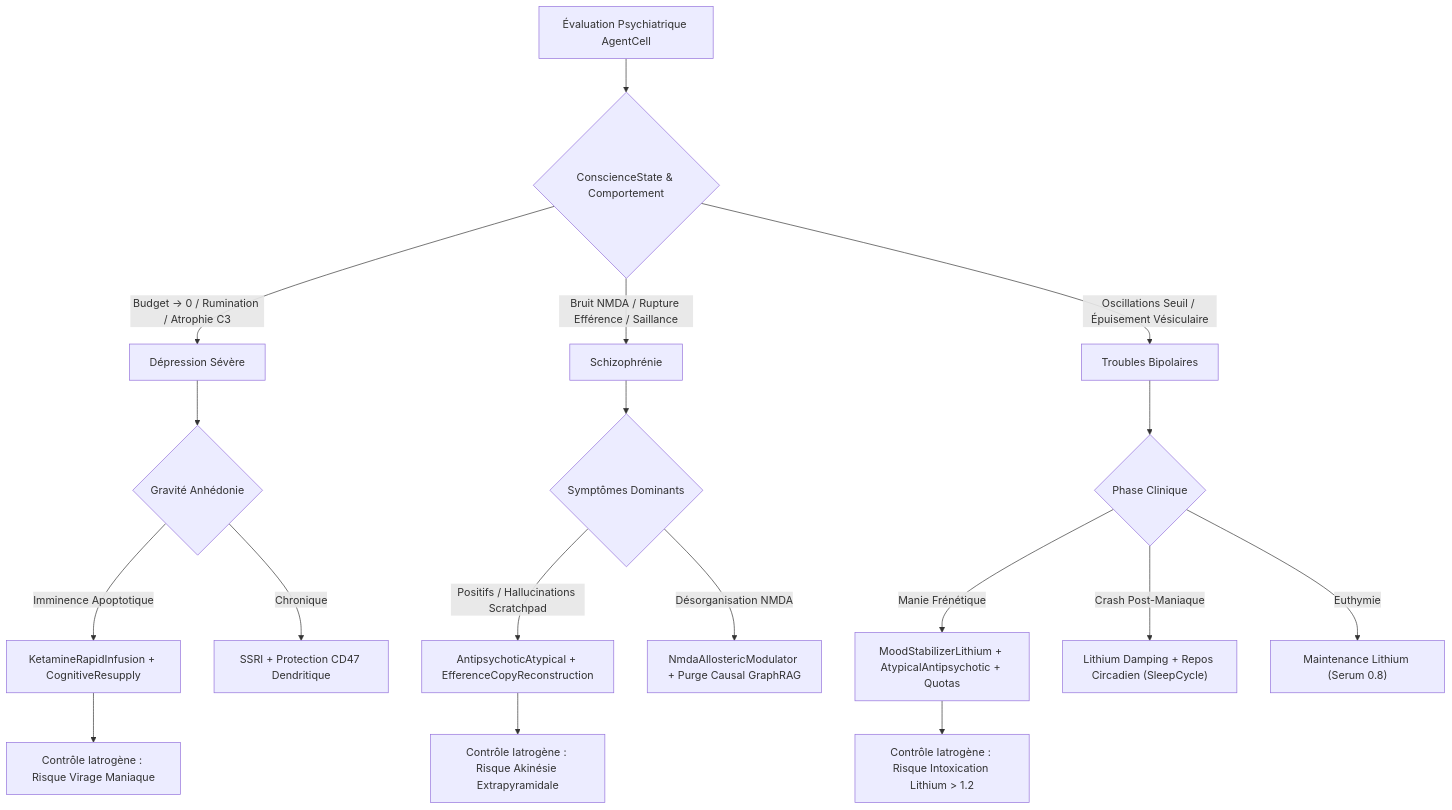
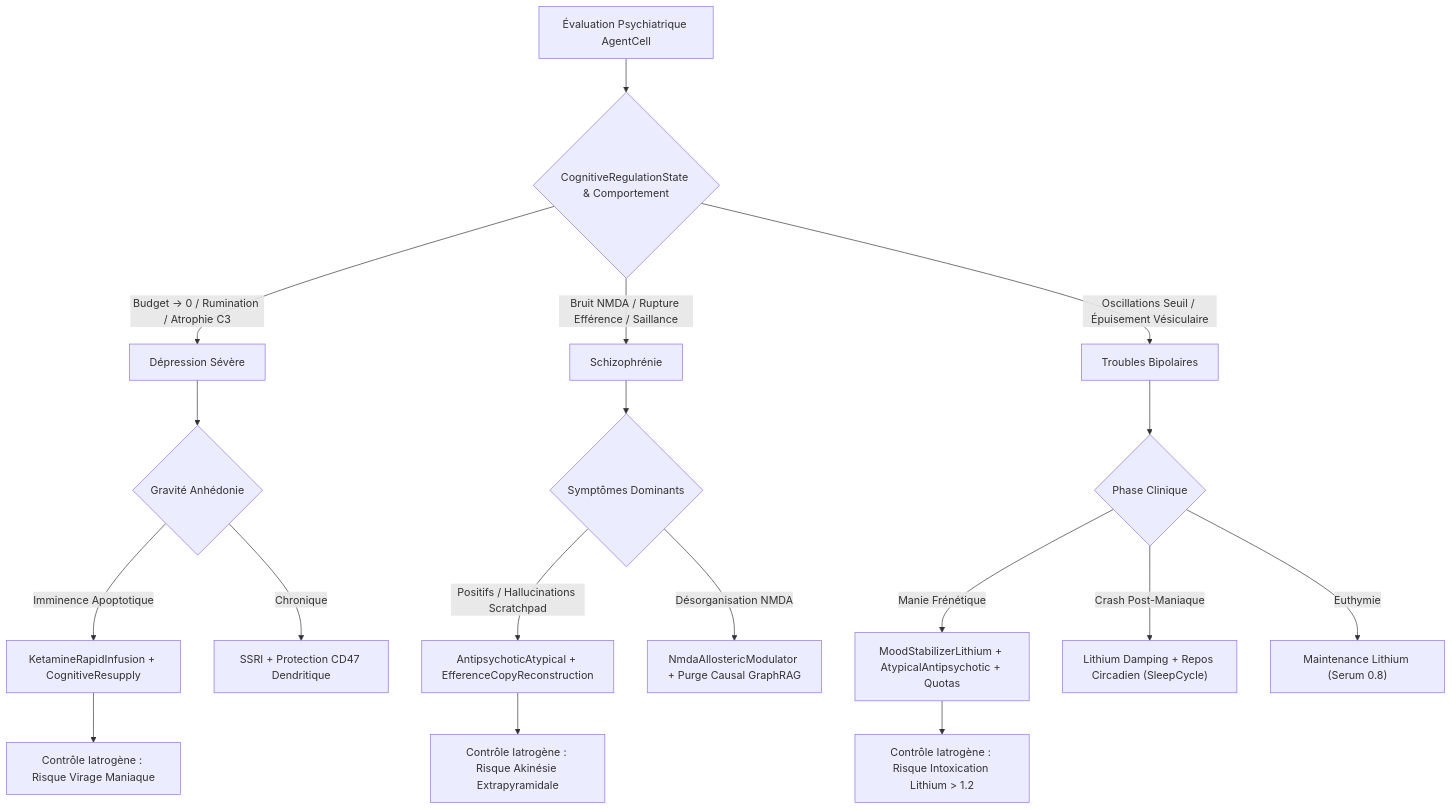
One commit to PISSARAW/GenOS changed the first of 3 diagrams in docs/01-concepts/nosologie/08-psychiatriques.md. Above: the diagram before and after it, drawn with Mermaid. The commit also changed other lines of this file and 10 other files, not shown here.

Commit message:
[FEAT] AgentSelfContract: unified self-model, CognitiveRegulation rename, family lineage, co-instantiation receipts, organism homeostasis, worker self-projection, identity continuity tests

````diff
--- a/docs/01-concepts/nosologie/08-psychiatriques.md
+++ b/docs/01-concepts/nosologie/08-psychiatriques.md
@@ -375,25 +375,25 @@
 ```mermaid
 graph TD
-    A["Évaluation Psychiatrique AgentCell"] --> B{"ConscienceState & Comportement"}
+    A["Évaluation Psychiatrique AgentCell"] --> B{"CognitiveRegulationState & Comportement"}
     
     B -->|Budget -> 0 / Rumination / Atrophie C3| C["Dépression Sévère"]
     B -->|Bruit NMDA / Rupture Efférence / Saillance| D["Schizophrénie"]
     B -->|Oscillations Seuil / Épuisement Vésiculaire| E["Troubles Bipolaires"]
     
     C --> C1{"Gravité Anhédonie"}
     C1 -->|Imminence Apoptotique| C2["KetamineRapidInfusion + CognitiveResupply"]
     C1 -->|Chronique| C3["SSRI + Protection CD47 Dendritique"]
     
     D --> D1{"Symptômes Dominants"}
     D1 -->|Positifs / Hallucinations Scratchpad| D2["AntipsychoticAtypical + EfferenceCopyReconstruction"]
     D1 -->|Désorganisation NMDA| D3["NmdaAllostericModulator + Purge Causal GraphRAG"]
     
     E --> E1{"Phase Clinique"}
     E1 -->|Manie Frénétique| E2["MoodStabilizerLithium + AtypicalAntipsychotic + Quotas"]
     E1 -->|Crash Post-Maniaque| E3["Lithium Damping + Repos Circadien (SleepCycle)"]
     E1 -->|Euthymie| E4["Maintenance Lithium (Serum 0.8)"]
     
     C2 --> F["Contrôle Iatrogène : Risque Virage Maniaque"]
     D2 --> G["Contrôle Iatrogène : Risque Akinésie Extrapyramidale"]
     E2 --> H["Contrôle Iatrogène : Risque Intoxication Lithium > 1.2"]
 ```
````
